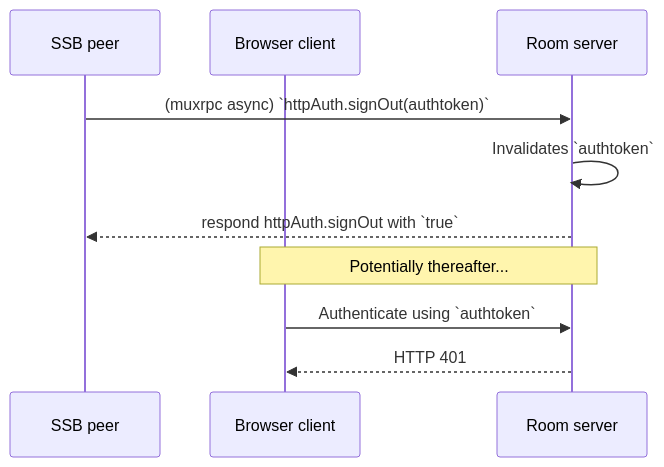
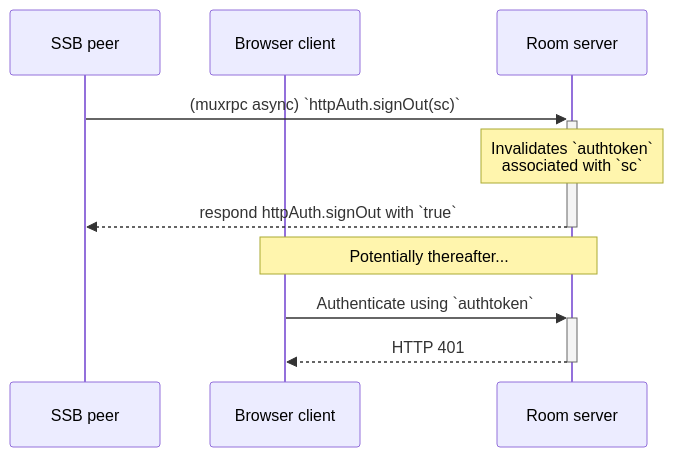
The fifth of 6 diagrams in docs/Setup/Sign-in with SSB.md (ssbc/rooms2), drawn with Mermaid before and after one commit. The commit also changed other lines of this file and 5 other files, not shown here.

````diff
--- a/docs/Setup/Sign-in with SSB.md
+++ b/docs/Setup/Sign-in with SSB.md
@@ -62,13 +165,13 @@
 ```mermaid
 sequenceDiagram
   participant Umux as SSB peer
   participant Uweb as Browser client
   participant R as Room server
 
-  Umux->>R: (muxrpc async) `httpAuth.signOut(authtoken)`
-  R->>R: Invalidates `authtoken`
-  R-->>Umux: respond httpAuth.signOut with `true`
+  Umux->>+R: (muxrpc async) `httpAuth.signOut(sc)`
+  Note over R: Invalidates `authtoken`<br/>associated with `sc`
+  R-->>-Umux: respond httpAuth.signOut with `true`
   Note over Uweb,R: Potentially thereafter...
-  Uweb->>R: Authenticate using `authtoken`
-  R-->>Uweb: HTTP 401
+  Uweb->>+R: Authenticate using `authtoken`
+  R-->>-Uweb: HTTP 401
 ```
````
